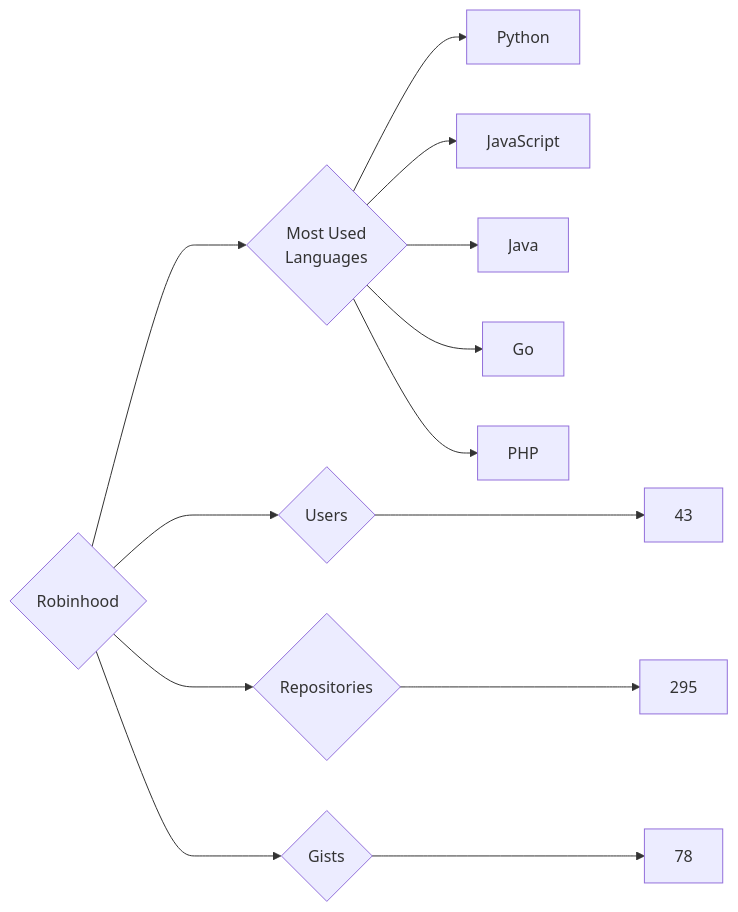
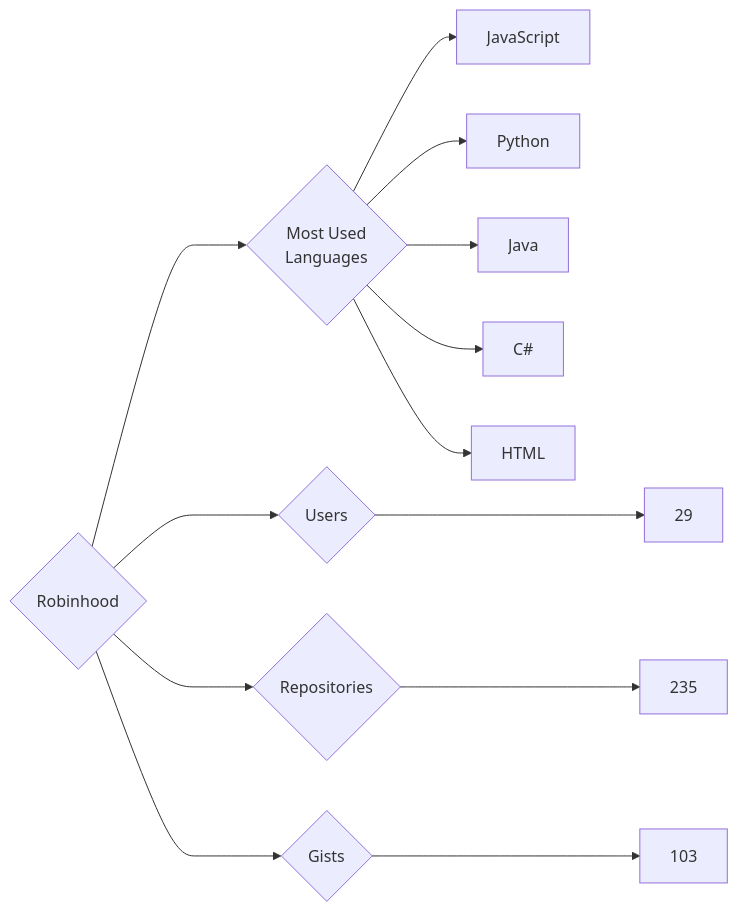
One commit to trickest/insiders changed the diagram in targets/Robinhood/README.md. Above: the diagram before and after it, drawn with Mermaid. The commit also changed 964 other files, not shown here.

````diff
--- a/targets/Robinhood/README.md
+++ b/targets/Robinhood/README.md
@@ -3,13 +3,13 @@
 ```mermaid
 graph LR
 COMPANY_NAME{Robinhood}
-COMPANY_NAME ---> U{Users} ---> UN[43]
-COMPANY_NAME ---> R{Repositories} ---> RN[295]
-COMPANY_NAME ---> G{Gists} ---> GN[78]
+COMPANY_NAME ---> U{Users} ---> UN[29]
+COMPANY_NAME ---> R{Repositories} ---> RN[235]
+COMPANY_NAME ---> G{Gists} ---> GN[103]
 COMPANY_NAME ---> ML{Most Used<br>Languages}
+ML --> JavaScript[JavaScript]
 ML --> Python[Python]
-ML --> JavaScript[JavaScript]
 ML --> Java[Java]
-ML --> Go[Go]
-ML --> PHP[PHP]
+ML --> C#[C#]
+ML --> HTML[HTML]
 ```
````
